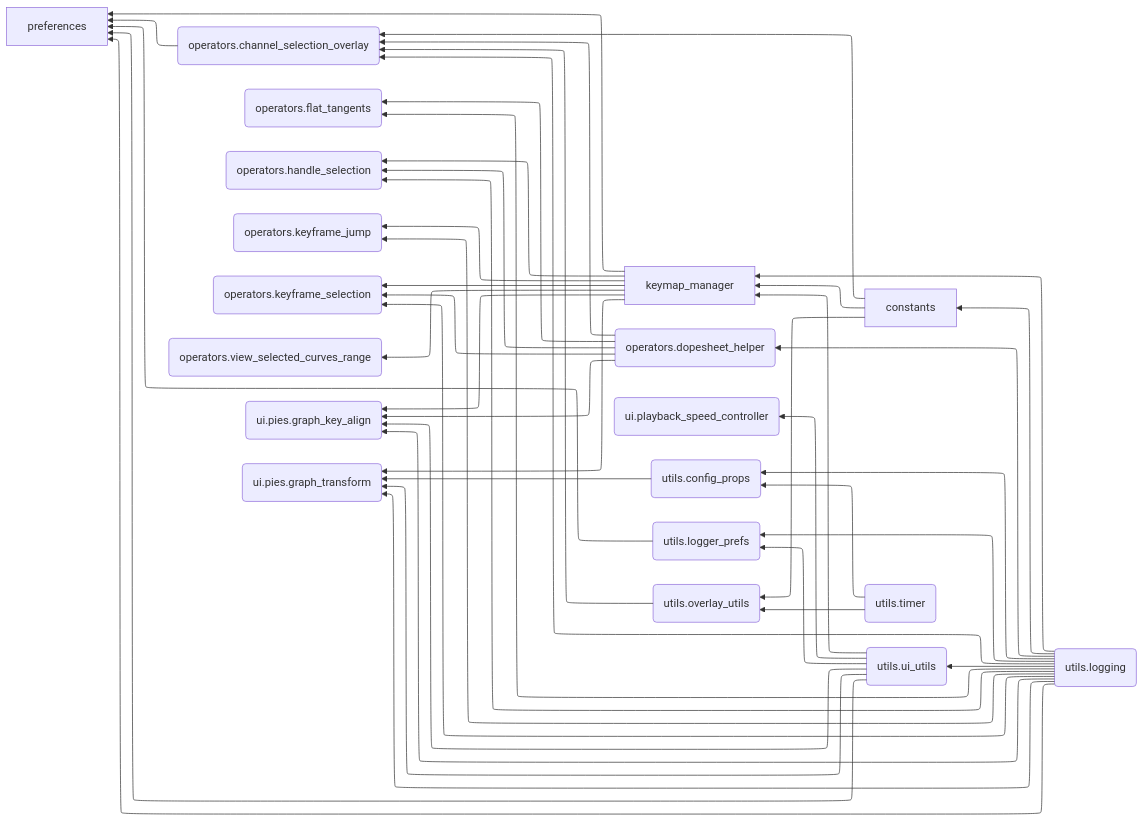
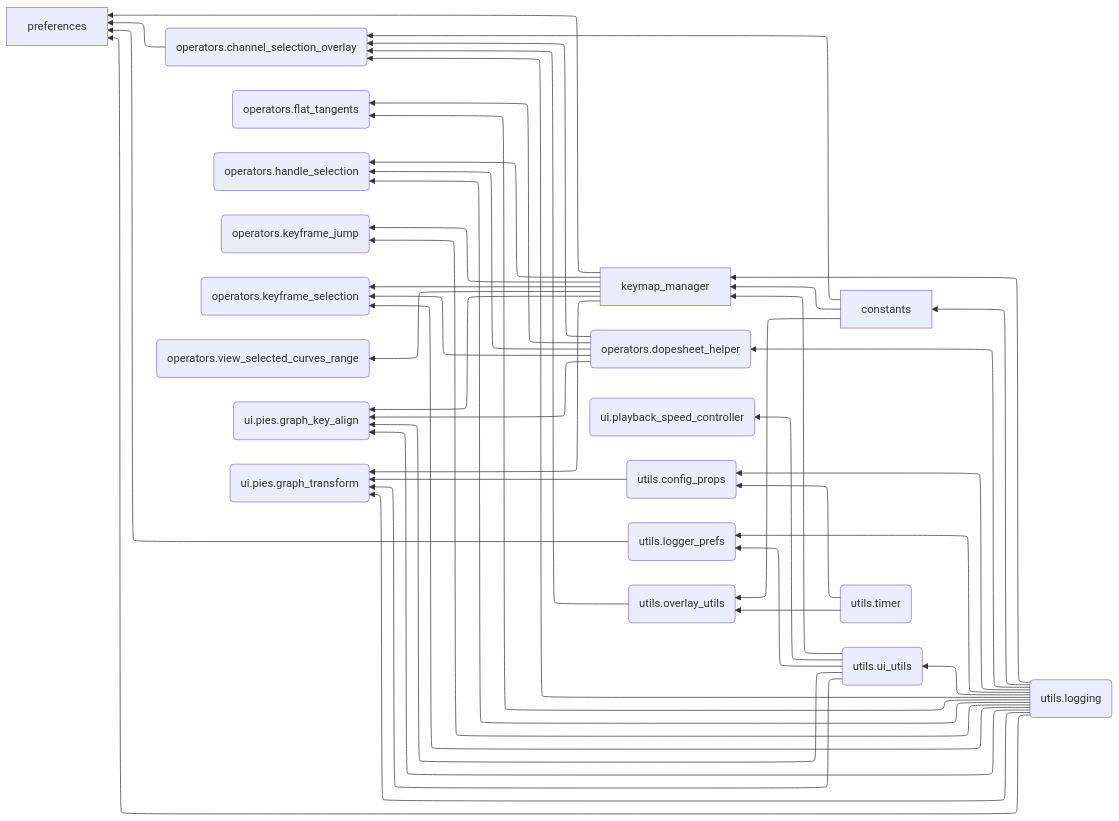
The diagram in docs/debug/module_dependencies.mmd (Pluglug/graph_monkey), drawn with Mermaid before and after one commit. The commit also changed 1 other file, not shown here.

```diff
--- a/docs/debug/module_dependencies.mmd
+++ b/docs/debug/module_dependencies.mmd
@@ -1,68 +1,67 @@
 ---
 config:
   theme: mc
   layout: elk
   flowchart:
     curve: basis
 ---
 flowchart RL
     constants[constants]
     keymap_manager[keymap_manager]
     operators_channel_selection_overlay(operators.channel_selection_overlay)
     operators_dopesheet_helper(operators.dopesheet_helper)
     operators_flat_tangents(operators.flat_tangents)
     operators_handle_selection(operators.handle_selection)
     operators_keyframe_jump(operators.keyframe_jump)
     operators_keyframe_selection(operators.keyframe_selection)
     operators_view_selected_curves_range(operators.view_selected_curves_range)
     preferences[preferences]
     ui_pies_graph_key_align(ui.pies.graph_key_align)
     ui_pies_graph_transform(ui.pies.graph_transform)
     ui_playback_speed_controller(ui.playback_speed_controller)
     utils_config_props(utils.config_props)
     utils_logger_prefs(utils.logger_prefs)
     utils_logging(utils.logging)
     utils_overlay_utils(utils.overlay_utils)
     utils_timer(utils.timer)
     utils_ui_utils(utils.ui_utils)
     constants --> keymap_manager
     constants --> operators_channel_selection_overlay
     constants --> utils_overlay_utils
     keymap_manager --> operators_handle_selection
     keymap_manager --> operators_keyframe_jump
     keymap_manager --> operators_keyframe_selection
     keymap_manager --> operators_view_selected_curves_range
     keymap_manager --> preferences
     keymap_manager --> ui_pies_graph_key_align
     keymap_manager --> ui_pies_graph_transform
     operators_channel_selection_overlay --> preferences
     operators_dopesheet_helper --> operators_channel_selection_overlay
     operators_dopesheet_helper --> operators_flat_tangents
     operators_dopesheet_helper --> operators_handle_selection
     operators_dopesheet_helper --> operators_keyframe_selection
     operators_dopesheet_helper --> ui_pies_graph_key_align
     utils_config_props --> ui_pies_graph_transform
     utils_logger_prefs --> preferences
     utils_logging --> constants
     utils_logging --> keymap_manager
     utils_logging --> operators_channel_selection_overlay
     utils_logging --> operators_dopesheet_helper
     utils_logging --> operators_flat_tangents
     utils_logging --> operators_handle_selection
     utils_logging --> operators_keyframe_jump
     utils_logging --> operators_keyframe_selection
     utils_logging --> preferences
     utils_logging --> ui_pies_graph_key_align
     utils_logging --> ui_pies_graph_transform
     utils_logging --> utils_config_props
     utils_logging --> utils_logger_prefs
     utils_logging --> utils_ui_utils
     utils_overlay_utils --> operators_channel_selection_overlay
     utils_timer --> utils_config_props
     utils_timer --> utils_overlay_utils
     utils_ui_utils --> keymap_manager
-    utils_ui_utils --> preferences
     utils_ui_utils --> ui_pies_graph_key_align
     utils_ui_utils --> ui_pies_graph_transform
     utils_ui_utils --> ui_playback_speed_controller
     utils_ui_utils --> utils_logger_prefs
```
